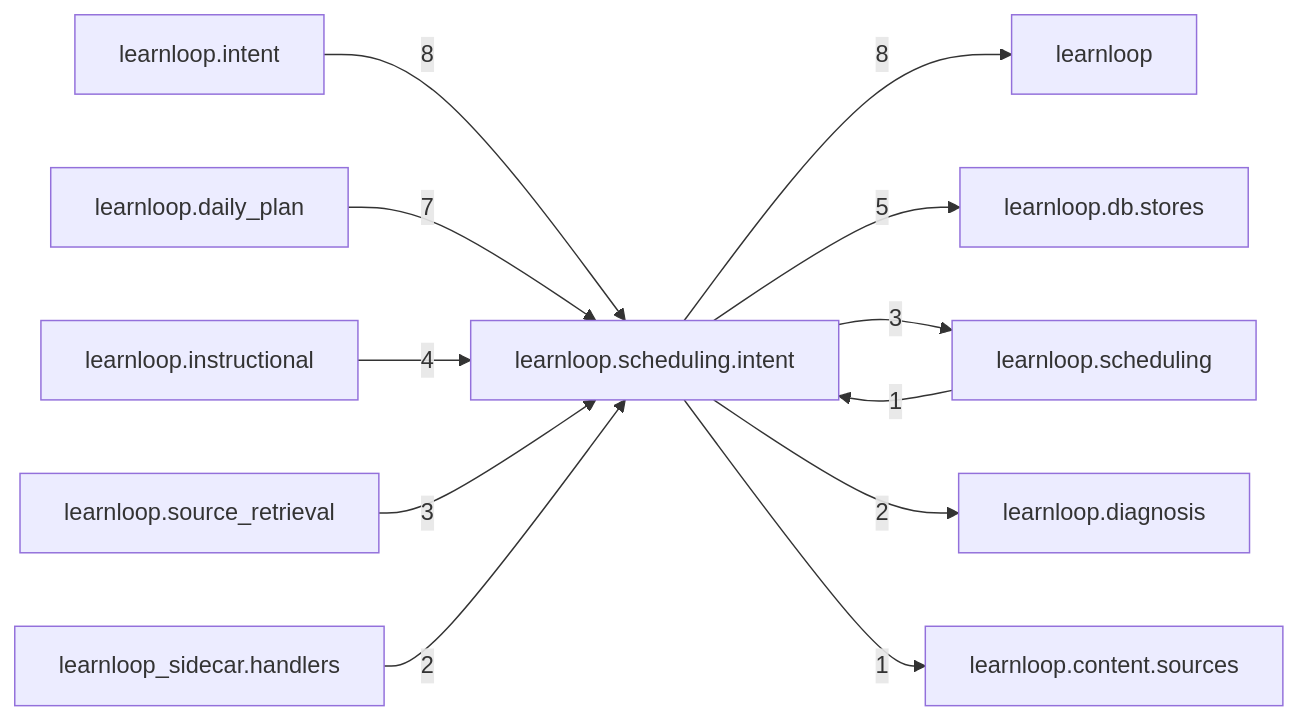
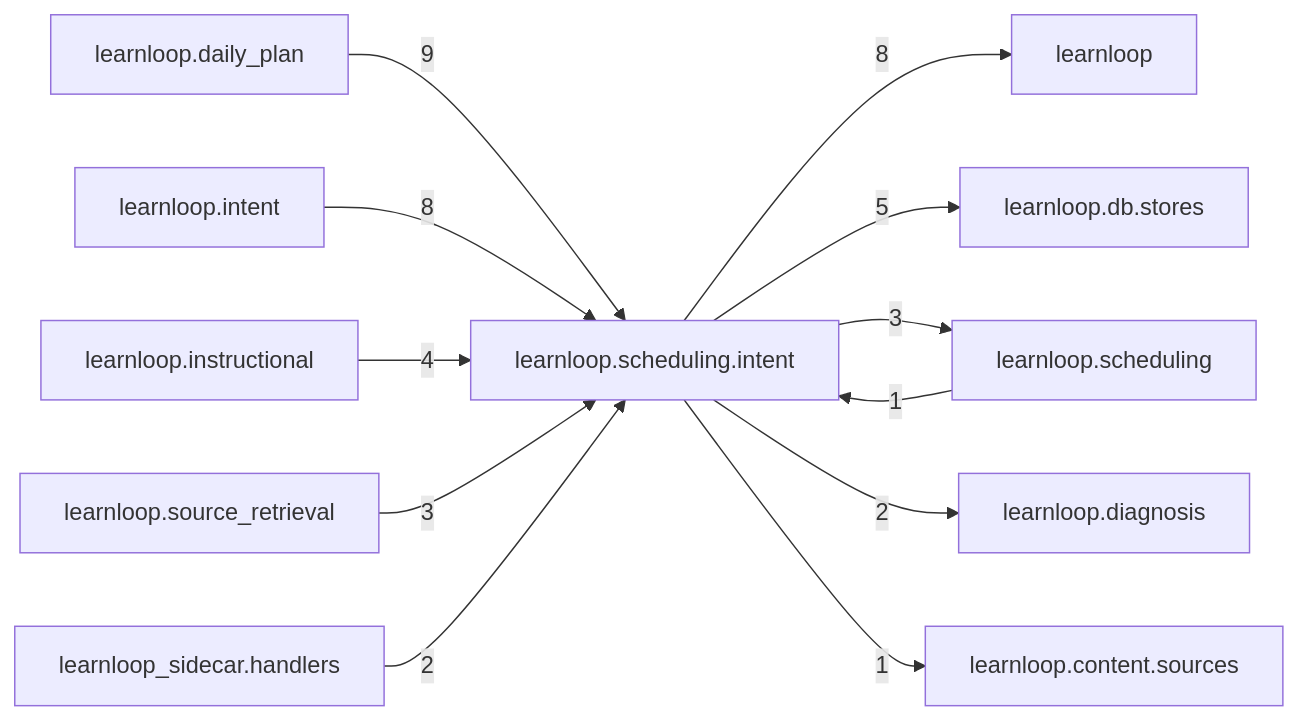
The diagram in docs/learnloop-architecture-vault/Reference/Modules/learnloop/scheduling/intent/_package.md (6up-b/learnanything), drawn with Mermaid before and after one commit. The commit also changed other lines of this file and 18 other files, not shown here.

````diff
--- a/docs/learnloop-architecture-vault/Reference/Modules/learnloop/scheduling/intent/_package.md
+++ b/docs/learnloop-architecture-vault/Reference/Modules/learnloop/scheduling/intent/_package.md
@@ -86,25 +86,25 @@
 ```mermaid
 flowchart LR
     center["learnloop.scheduling.intent"]
+    n_learnloop_daily_plan["learnloop.daily_plan"]
     n_learnloop["learnloop"]
     n_learnloop_intent["learnloop.intent"]
-    n_learnloop_daily_plan["learnloop.daily_plan"]
     n_learnloop_db_stores["learnloop.db.stores"]
     n_learnloop_instructional["learnloop.instructional"]
     n_learnloop_scheduling["learnloop.scheduling"]
     n_learnloop_source_retrieval["learnloop.source_retrieval"]
     n_learnloop_diagnosis["learnloop.diagnosis"]
     n_learnloop_sidecar_handlers["learnloop_sidecar.handlers"]
     n_learnloop_content_sources["learnloop.content.sources"]
+    n_learnloop_daily_plan -->|9| center
     center -->|8| n_learnloop
     n_learnloop_intent -->|8| center
-    n_learnloop_daily_plan -->|7| center
     center -->|5| n_learnloop_db_stores
     n_learnloop_instructional -->|4| center
     n_learnloop_scheduling -->|1| center
     center -->|3| n_learnloop_scheduling
     n_learnloop_source_retrieval -->|3| center
     center -->|2| n_learnloop_diagnosis
     n_learnloop_sidecar_handlers -->|2| center
     center -->|1| n_learnloop_content_sources
 ```
````
